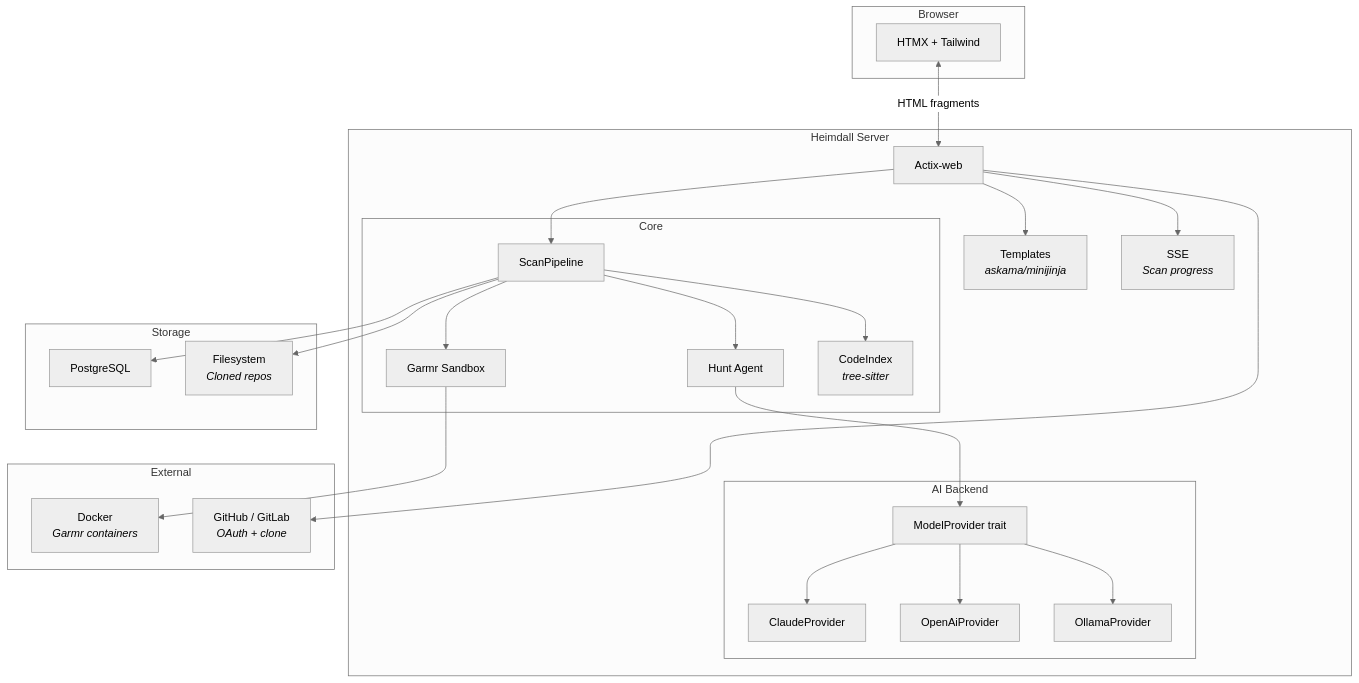
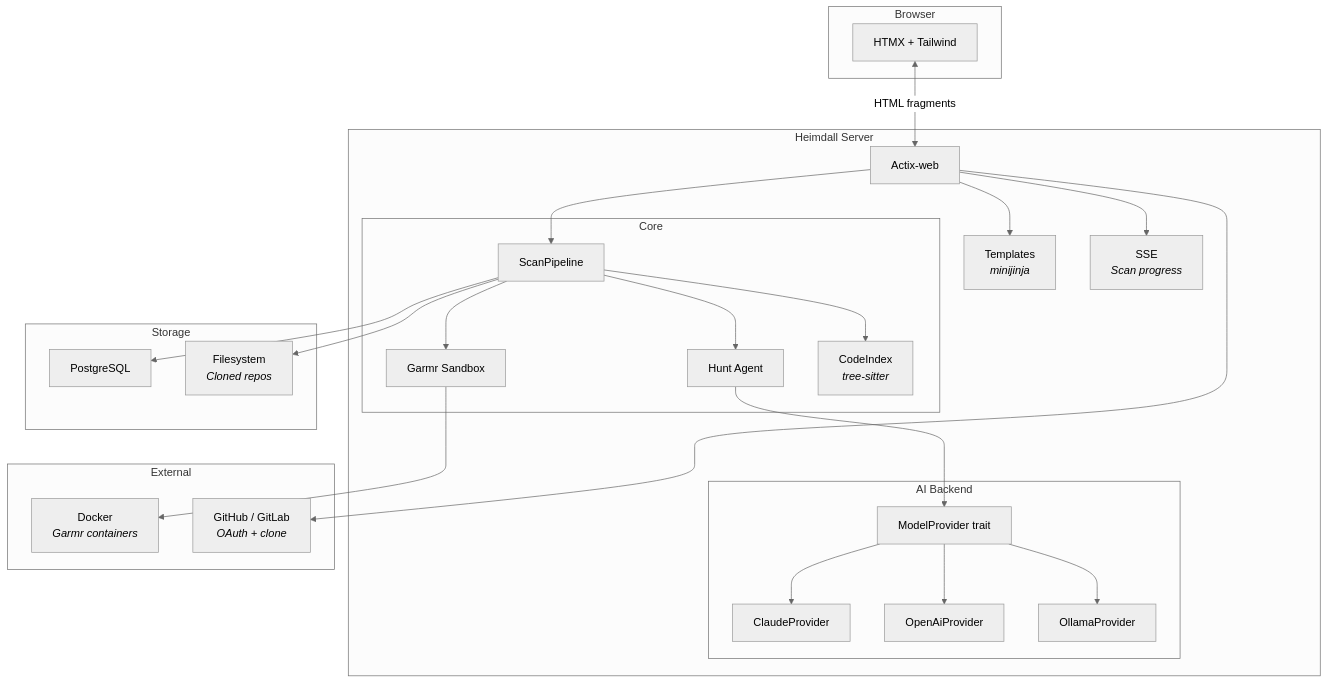
One commit to iamngoni/heimdall changed the third of 6 diagrams in README.md. Above: the diagram before and after it, drawn with Mermaid (neutral theme). The commit also changed other lines of this file and 90 other files, not shown here.

````diff
--- a/README.md
+++ b/README.md
@@ -59,52 +342,52 @@
 ```mermaid
 graph TB
     subgraph Client["Browser"]
         HTMX["HTMX + Tailwind"]
     end
 
     subgraph Server["Heimdall Server"]
         AW["Actix-web"]
-        TPL["Templates\n<i>askama/minijinja</i>"]
+        TPL["Templates\n<i>minijinja</i>"]
         SSE["SSE\n<i>Scan progress</i>"]
 
         subgraph Core["Core"]
             Pipeline["ScanPipeline"]
             Hunt["Hunt Agent"]
             Garmr["Garmr Sandbox"]
             CodeIndex["CodeIndex\n<i>tree-sitter</i>"]
         end
 
         subgraph AI["AI Backend"]
             MP["ModelProvider trait"]
             Claude["ClaudeProvider"]
             OpenAI["OpenAiProvider"]
             Ollama["OllamaProvider"]
         end
     end
 
     subgraph Storage["Storage"]
         PG["PostgreSQL"]
         FS["Filesystem\n<i>Cloned repos</i>"]
     end
 
     subgraph External["External"]
         Docker["Docker\n<i>Garmr containers</i>"]
         GH["GitHub / GitLab\n<i>OAuth + clone</i>"]
     end
 
     HTMX <-->|HTML fragments| AW
     AW --> TPL
     AW --> SSE
     AW --> Pipeline
     Pipeline --> CodeIndex
     Pipeline --> Hunt
     Pipeline --> Garmr
     Hunt --> MP
     Garmr --> Docker
     MP --> Claude
     MP --> OpenAI
     MP --> Ollama
     Pipeline --> PG
     Pipeline --> FS
     AW --> GH
 ```
````
